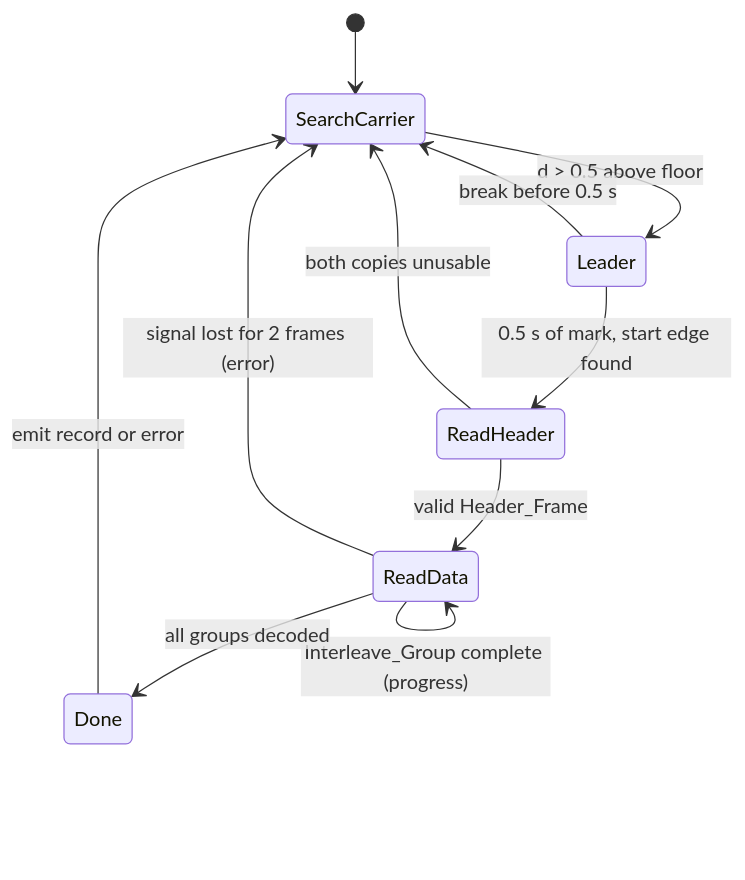
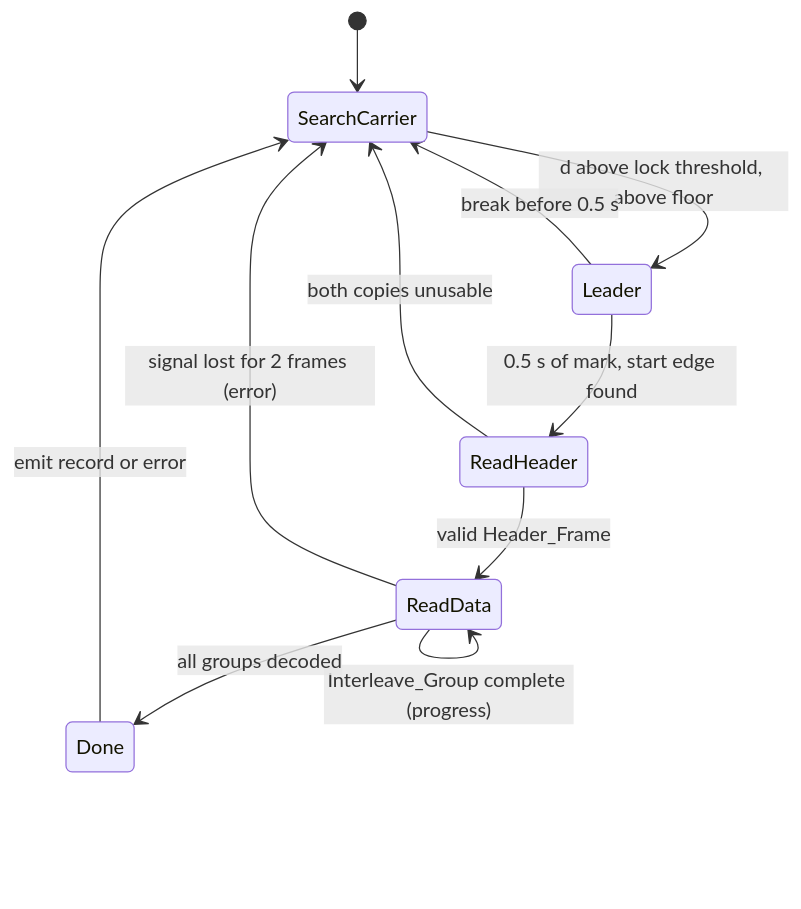
Before and after one commit to christian783/BaudVault: the fourth of 4 diagrams in .kiro/specs/baudvault-core/design.md, drawn with Mermaid. The commit also changed other lines of this file and 46 other files, not shown here.

````diff
--- a/.kiro/specs/baudvault-core/design.md
+++ b/.kiro/specs/baudvault-core/design.md
@@ -518,13 +522,13 @@
 ```mermaid
 stateDiagram-v2
   [*] --> SearchCarrier
-  SearchCarrier --> Leader: d > 0.5 above floor
+  SearchCarrier --> Leader: d above lock threshold, above floor
   Leader --> SearchCarrier: break before 0.5 s
   Leader --> ReadHeader: 0.5 s of mark, start edge found
   ReadHeader --> SearchCarrier: both copies unusable
   ReadHeader --> ReadData: valid Header_Frame
   ReadData --> ReadData: Interleave_Group complete (progress)
   ReadData --> Done: all groups decoded
   ReadData --> SearchCarrier: signal lost for 2 frames (error)
   Done --> SearchCarrier: emit record or error
 ```
````
